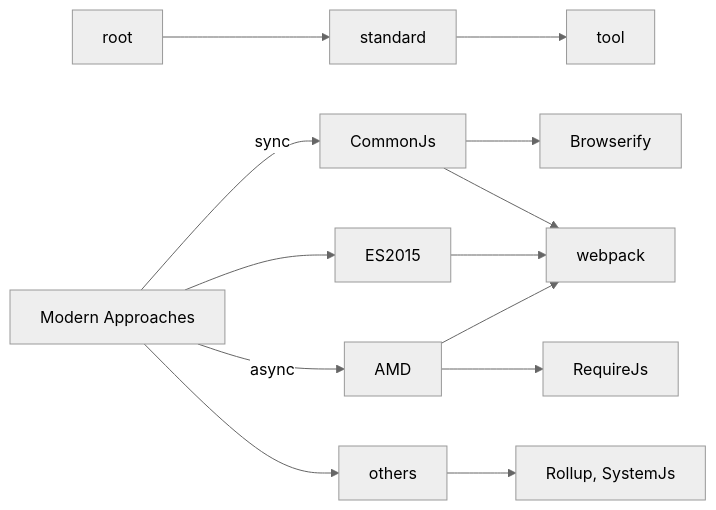
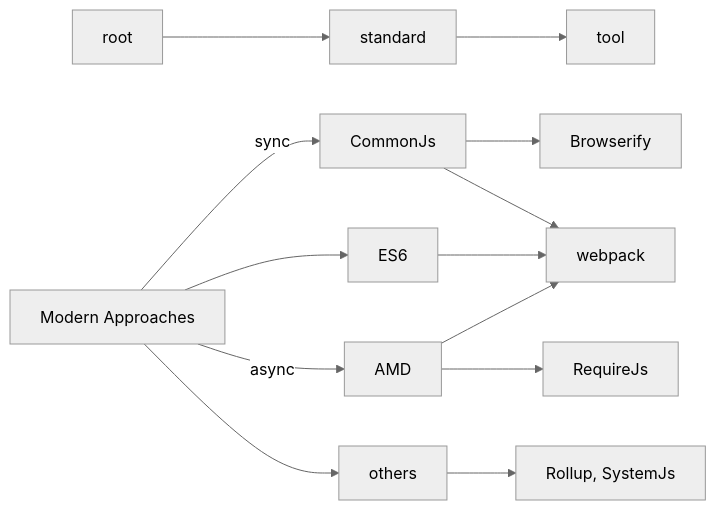
The diagram in notes/basic/modules-modern.md (Yitengyu/min-jquery), drawn with Mermaid (neutral theme) before and after one commit. The commit also changed other lines of this file and 1 other file, not shown here.

````diff
--- a/notes/basic/modules-modern.md
+++ b/notes/basic/modules-modern.md
@@ -5,20 +5,20 @@
 ```mermaid
 graph LR
 a[root] --> b[standard]
 b --> tool
 
 root[Modern Approaches] --> |sync| cj[CommonJs] 
-root --> es6[ES2015]
+root --> es6[ES6]
 root --> |async| amd[AMD]
 root --> other[others]
 
 
 cj --> bf[Browserify]
 amd --> rj[RequireJs]
 other --> x[Rollup, SystemJs] 
 
 cj --> wp[webpack]
 es6 --> wp
 amd --> wp
 
 ```
````
